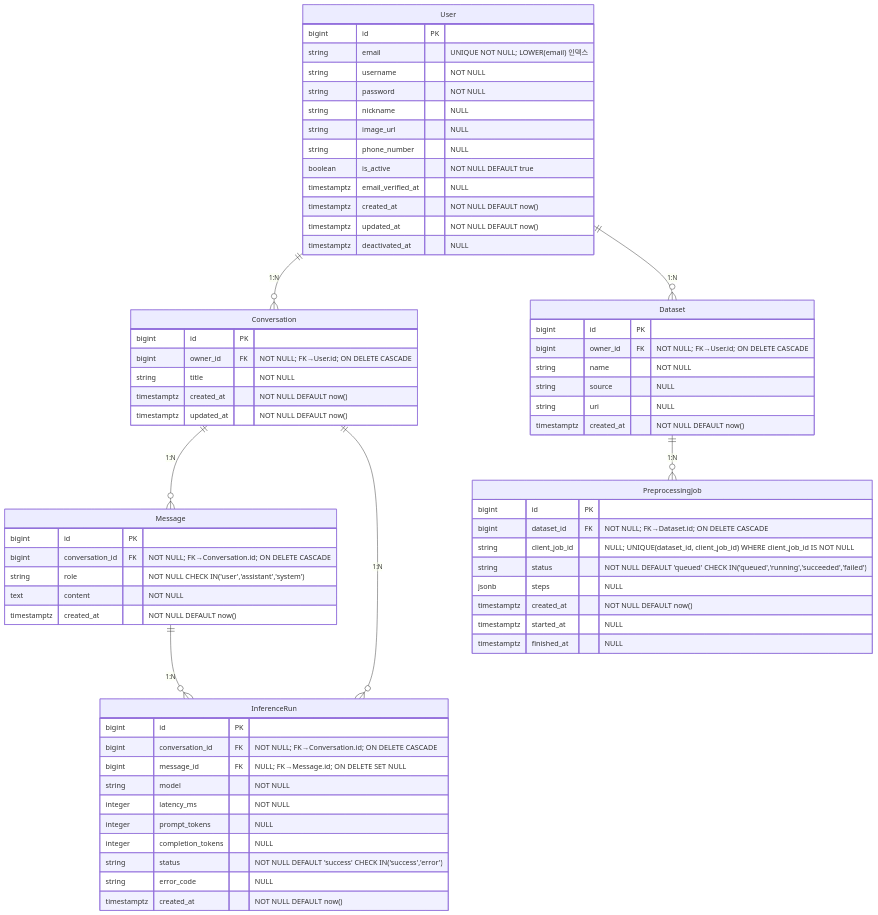
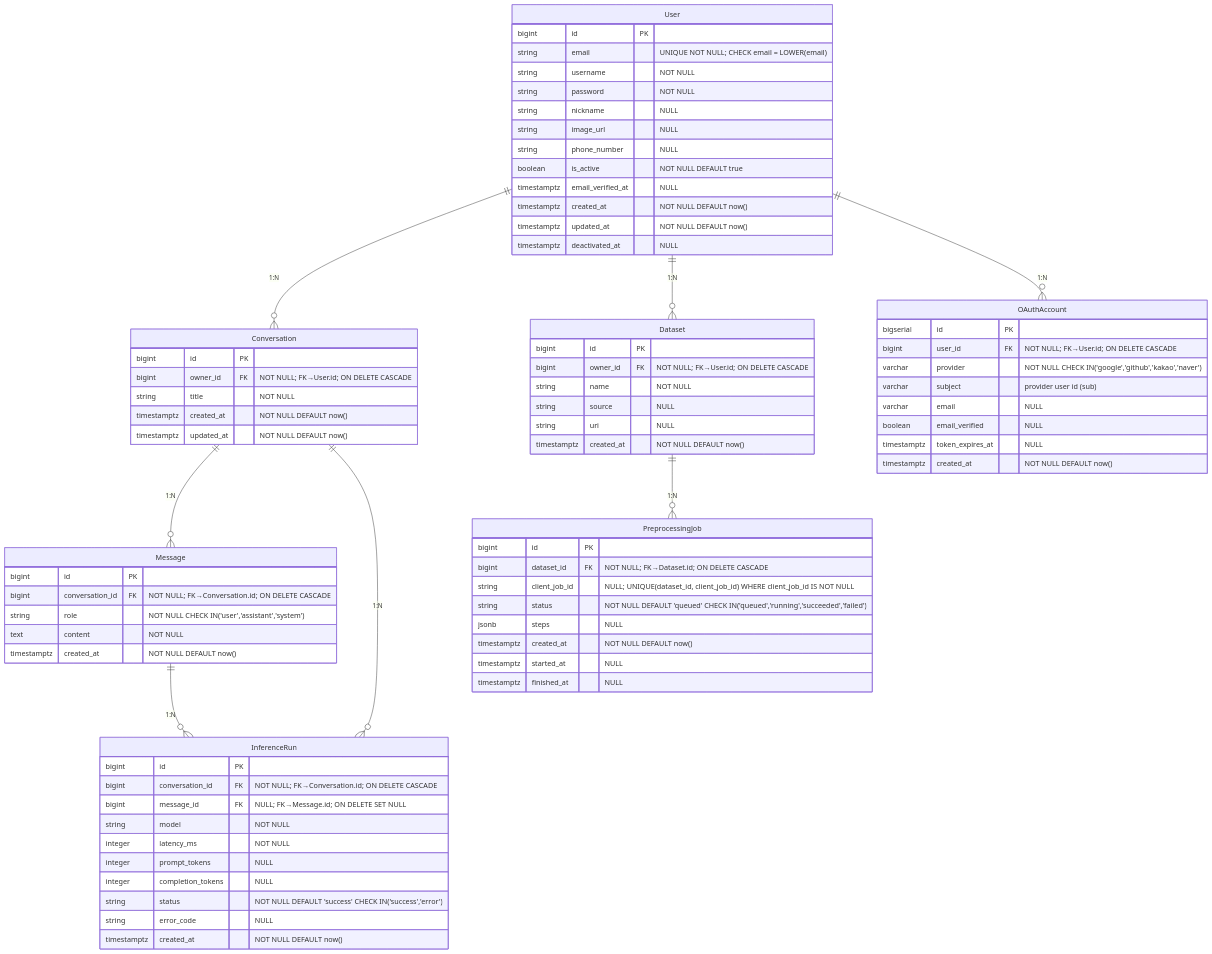
The diagram in README.md (monda95/main_project_12_BE), drawn with Mermaid before and after one commit. The commit also changed other lines of this file, not shown here.

````diff
--- a/README.md
+++ b/README.md
@@ -129,7 +131,7 @@
 erDiagram
     User {
         bigint id PK
-        string email "UNIQUE NOT NULL; LOWER(email) 인덱스"
+        string email "UNIQUE NOT NULL; CHECK email = LOWER(email)"
         string username "NOT NULL"
         string password "NOT NULL"
         string nickname "NULL"
@@ -191,11 +193,24 @@
         timestamptz created_at "NOT NULL DEFAULT now()"
     }
 
-    %% 관계
+    OAuthAccount {
+        bigserial id PK
+        bigint user_id FK "NOT NULL; FK→User.id; ON DELETE CASCADE"
+        varchar provider "NOT NULL CHECK IN('google','github','kakao','naver')"
+        varchar subject "provider user id (sub)"
+        varchar email "NULL"
+        boolean email_verified "NULL"
+        timestamptz token_expires_at "NULL"
+        timestamptz created_at "NOT NULL DEFAULT now()"
+    }
+
+    %% --- 관계 ---
     User ||--o{ Conversation : "1:N"
     Conversation ||--o{ Message : "1:N"
     Conversation ||--o{ InferenceRun : "1:N"
     Message ||--o{ InferenceRun : "1:N"
     User ||--o{ Dataset : "1:N"
     Dataset ||--o{ PreprocessingJob : "1:N"
+    User ||--o{ OAuthAccount : "1:N"
+
 ```
````
